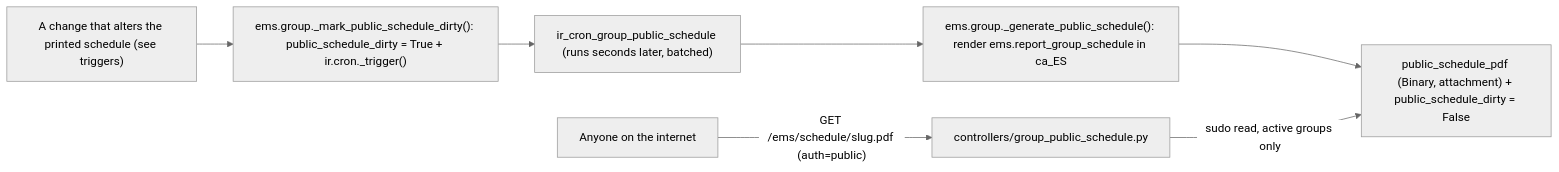
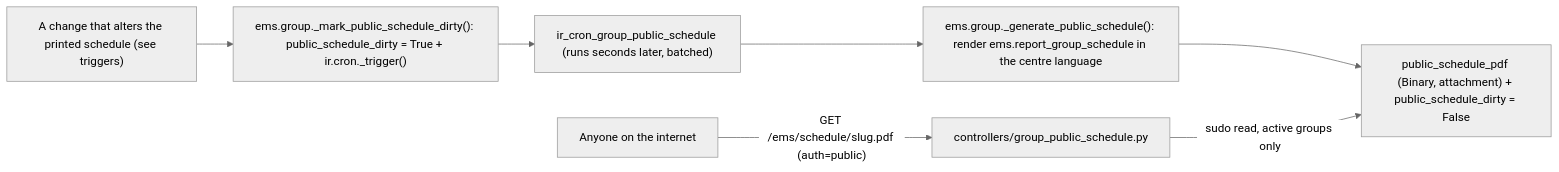
The third of 4 diagrams in docs/en/developers/contacts/group_schedule.md (ElPuig/EMS), drawn with Mermaid (neutral theme) before and after one commit. The commit also changed other lines of this file and 23 other files, not shown here.

Commit message:
Centre language setting, Catalan by default, also the default language of new users (Closes #746)

````diff
--- a/docs/en/developers/contacts/group_schedule.md
+++ b/docs/en/developers/contacts/group_schedule.md
@@ -319,9 +319,9 @@
 ```mermaid
 flowchart LR
     CH["A change that alters the printed schedule (see triggers)"] --> MARK["ems.group._mark_public_schedule_dirty(): public_schedule_dirty = True + ir.cron._trigger()"]
     MARK --> CRON["ir_cron_group_public_schedule (runs seconds later, batched)"]
-    CRON --> GEN["ems.group._generate_public_schedule(): render ems.report_group_schedule in ca_ES"]
+    CRON --> GEN["ems.group._generate_public_schedule(): render ems.report_group_schedule in the centre language"]
     GEN --> BIN["public_schedule_pdf (Binary, attachment) + public_schedule_dirty = False"]
     WEB["Anyone on the internet"] -->|"GET /ems/schedule/slug.pdf (auth=public)"| CTRL["controllers/group_public_schedule.py"]
     CTRL -->|sudo read, active groups only| BIN
 ```
````
